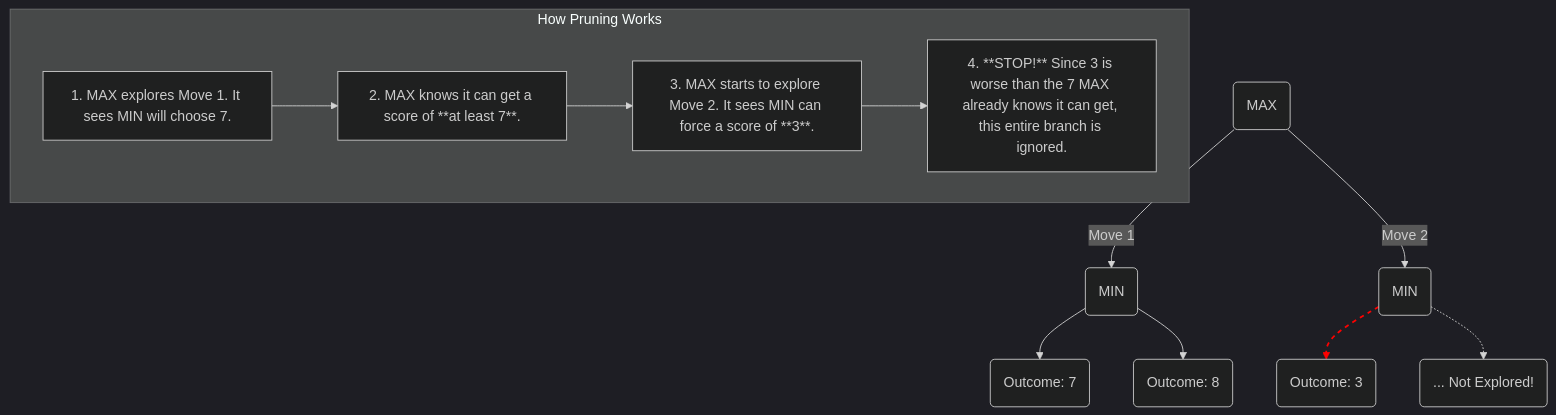
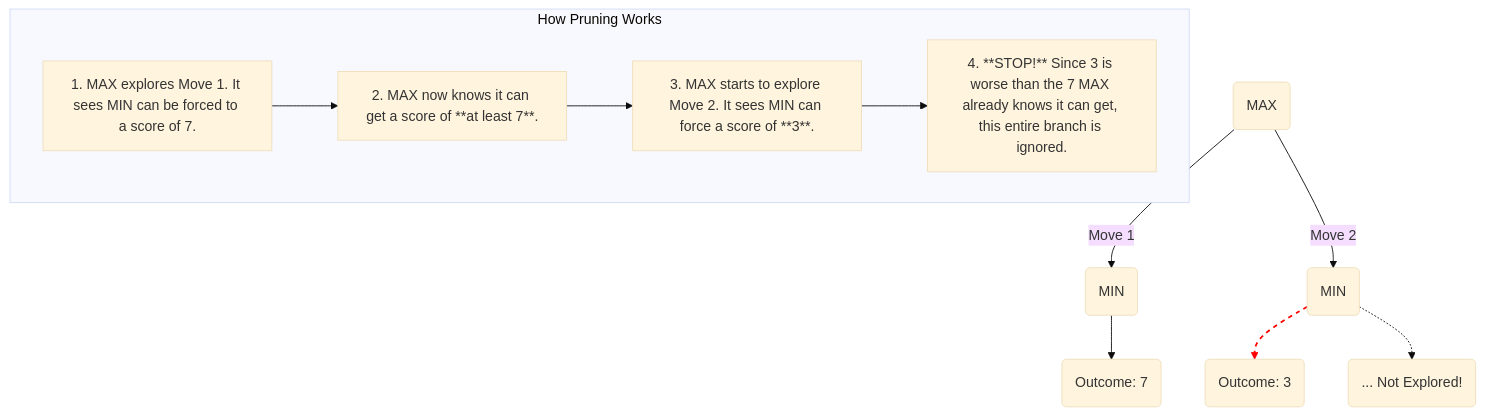
Before and after one commit to eltay89/eltay89.github.io: the fourth of 4 diagrams in _posts/2025-08-08-ai-search-algorithms-a-z.md, drawn with Mermaid. The commit also changed other lines of this file, not shown here.

````diff
--- a/_posts/2025-08-08-ai-search-algorithms-a-z.md
+++ b/_posts/2025-08-08-ai-search-algorithms-a-z.md
@@ -158,20 +175,19 @@
 ```mermaid
-%%{ init: { 'theme': 'dark' } }%%
+%%{ init: { 'theme': 'base' } }%%
 graph TD
     A("MAX") -- "Move 1" --> B("MIN");
     A -- "Move 2" --> C("MIN");
     
     B --> D("Outcome: 7");
-    B --> E("Outcome: 8");
     
     C --> F("Outcome: 3");
     C -.-> G("... Not Explored!");
 
     subgraph "How Pruning Works"
-        L1["1. MAX explores Move 1. It sees MIN will choose 7."] -->
-        L2["2. MAX knows it can get a score of **at least 7**."] -->
+        L1["1. MAX explores Move 1. It sees MIN can be forced to a score of 7."] -->
+        L2["2. MAX now knows it can get a score of **at least 7**."] -->
         L3["3. MAX starts to explore Move 2. It sees MIN can force a score of **3**."] -->
         L4["4. **STOP!** Since 3 is worse than the 7 MAX already knows it can get, this entire branch is ignored."]
     end
-    linkStyle 4 stroke-width:2px,stroke-dasharray: 5 5,stroke:red;
+    linkStyle 3 stroke-width:2px,stroke-dasharray: 5 5,stroke:red;
 ```
````
